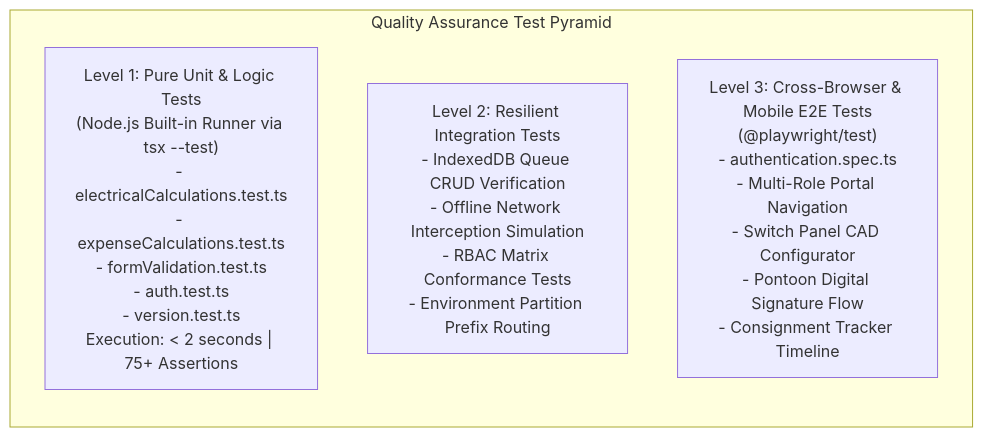
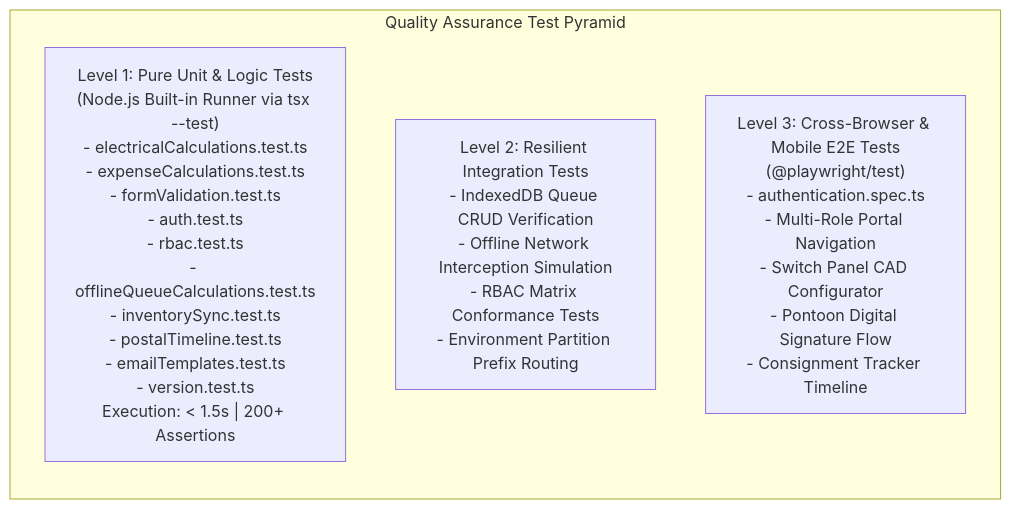
Before and after one commit to AnthonyWrather/ajwmes: the sixth of 7 diagrams in DESIGN.md, drawn with Mermaid. The commit also changed other lines of this file and 20 other files, not shown here.

````diff
--- a/DESIGN.md
+++ b/DESIGN.md
@@ -519,11 +519,11 @@
 ```mermaid
 graph BT
     subgraph TestPyramid["Quality Assurance Test Pyramid"]
         direction BT
-        Unit["Level 1: Pure Unit & Logic Tests\n(Node.js Built-in Runner via tsx --test)\n- electricalCalculations.test.ts\n- expenseCalculations.test.ts\n- formValidation.test.ts\n- auth.test.ts\n- version.test.ts\nExecution: < 2 seconds | 75+ Assertions"]
+        Unit["Level 1: Pure Unit & Logic Tests\n(Node.js Built-in Runner via tsx --test)\n- electricalCalculations.test.ts\n- expenseCalculations.test.ts\n- formValidation.test.ts\n- auth.test.ts\n- rbac.test.ts\n- offlineQueueCalculations.test.ts\n- inventorySync.test.ts\n- postalTimeline.test.ts\n- emailTemplates.test.ts\n- version.test.ts\nExecution: < 1.5s | 200+ Assertions"]
         
         Integration["Level 2: Resilient Integration Tests\n- IndexedDB Queue CRUD Verification\n- Offline Network Interception Simulation\n- RBAC Matrix Conformance Tests\n- Environment Partition Prefix Routing"]
         
         E2E["Level 3: Cross-Browser & Mobile E2E Tests\n(@playwright/test)\n- authentication.spec.ts\n- Multi-Role Portal Navigation\n- Switch Panel CAD Configurator\n- Pontoon Digital Signature Flow\n- Consignment Tracker Timeline"]
     end
 ```
````
